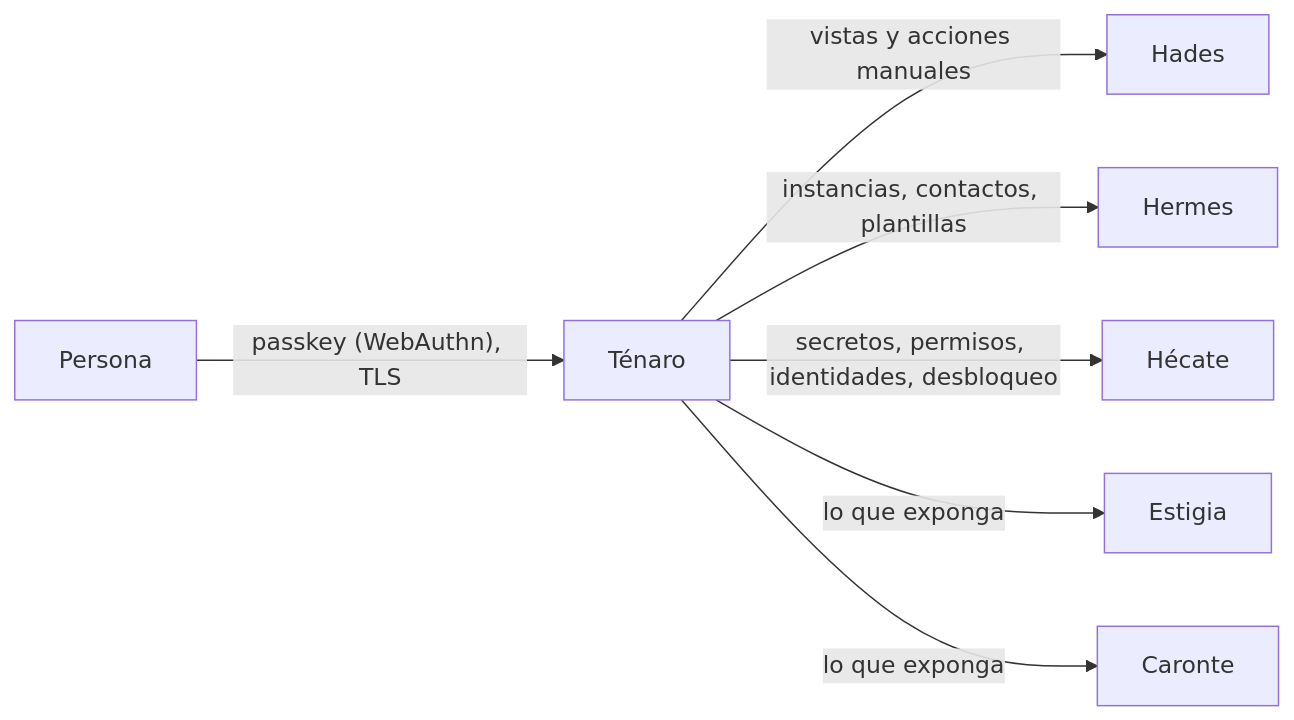
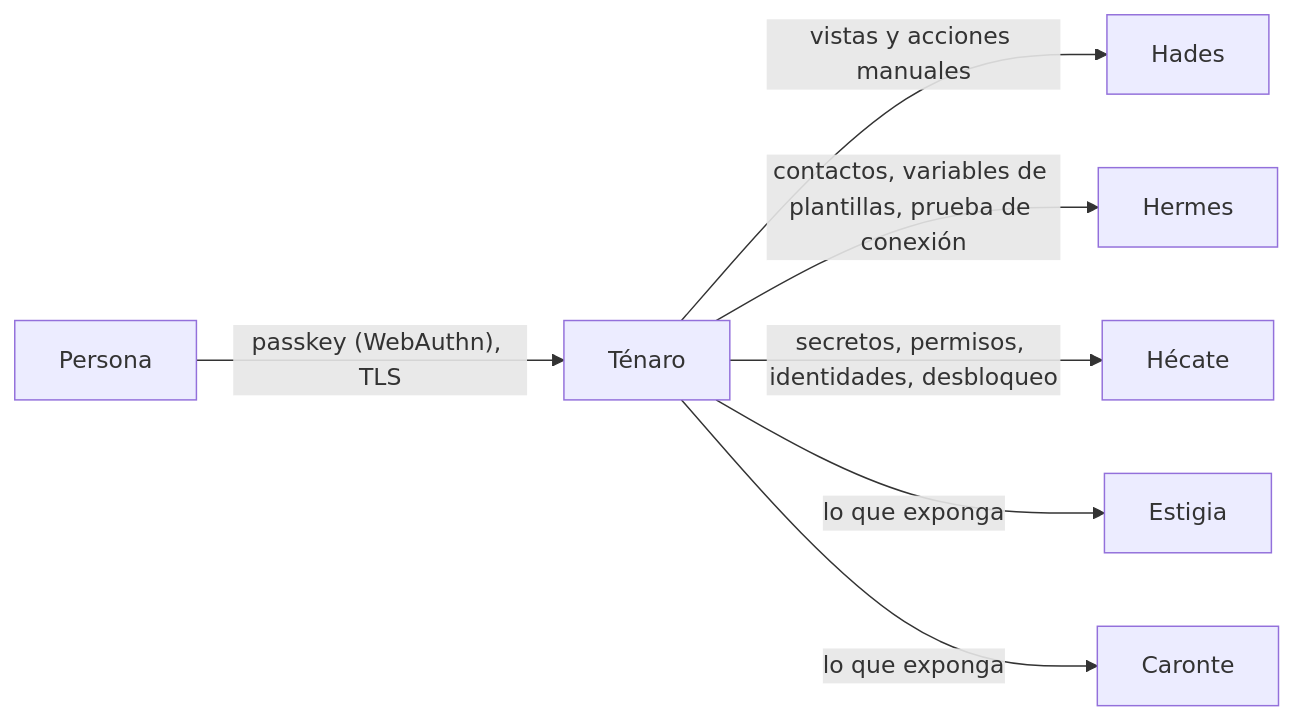
The first of 2 diagrams in docs/tenaro.md (xandro30/Cerbero), drawn with Mermaid before and after one commit. The commit also changed other lines of this file and 57 other files, not shown here.

````diff
--- a/docs/tenaro.md
+++ b/docs/tenaro.md
@@ -26,9 +26,9 @@
 ```mermaid
 flowchart LR
     Persona -- "passkey (WebAuthn), TLS" --> Tenaro[Ténaro]
     Tenaro -- "vistas y acciones manuales" --> Hades
-    Tenaro -- "instancias, contactos, plantillas" --> Hermes
+    Tenaro -- "contactos, variables de plantillas, prueba de conexión" --> Hermes
     Tenaro -- "secretos, permisos, identidades, desbloqueo" --> Hecate[Hécate]
     Tenaro -- "lo que exponga" --> Estigia
     Tenaro -- "lo que exponga" --> Caronte
 ```
````
